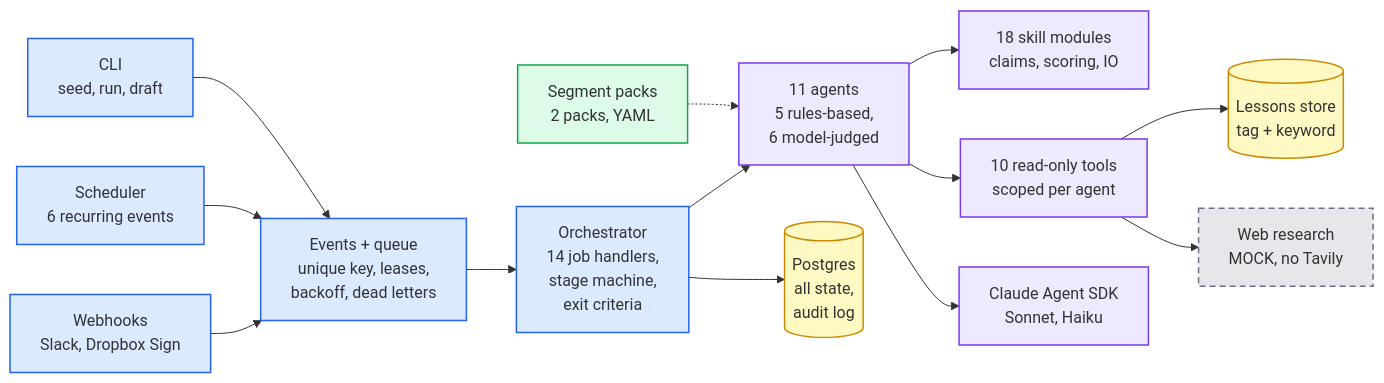
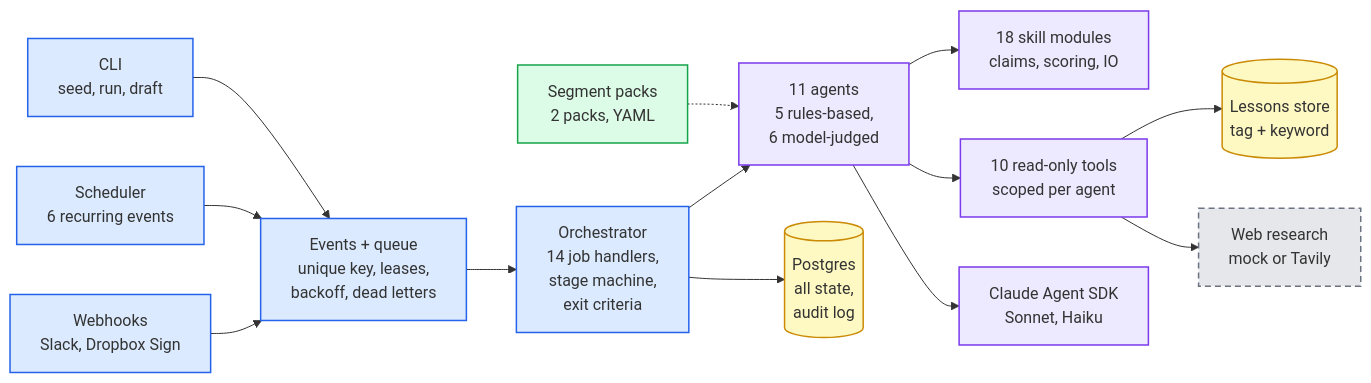
The second of 6 diagrams in docs/DESIGN.md (Meseretbolled/agentic-revenue-os), drawn with Mermaid before and after one commit. The commit also changed other lines of this file and 12 other files, not shown here.

Commit message:
feat: live-verified Tavily research on two real companies, recorded replay fixtures, industry and client_count on the real seed profiles, design docs updated

````diff
--- a/docs/DESIGN.md
+++ b/docs/DESIGN.md
@@ -26,34 +26,34 @@
 ```mermaid
 %% id=fig1a
 flowchart LR
   WH["Webhooks<br/>Slack, Dropbox Sign"]:::event
   SC["Scheduler<br/>6 recurring events"]:::event
   CLI["CLI<br/>seed, run, draft"]:::event
   Q["Events + queue<br/>unique key, leases,<br/>backoff, dead letters"]:::event
   ORC["Orchestrator<br/>14 job handlers,<br/>stage machine,<br/>exit criteria"]:::event
   AG["11 agents<br/>5 rules-based,<br/>6 model-judged"]:::agent
   PG[("Postgres<br/>all state,<br/>audit log")]:::store
   SK["18 skill modules<br/>claims, scoring, IO"]:::agent
   TL["10 read-only tools<br/>scoped per agent"]:::agent
   LLM["Claude Agent SDK<br/>Sonnet, Haiku"]:::agent
   PK["Segment packs<br/>2 packs, YAML"]:::config
   LS[("Lessons store<br/>tag + keyword")]:::store
-  RS["Web research<br/>MOCK, no Tavily"]:::ext
+  RS["Web research<br/>mock or Tavily"]:::ext
   WH --> Q
   SC --> Q
   CLI --> Q
   Q --> ORC
   ORC --> AG
   AG --> LLM
   AG --> TL
   AG --> SK
   ORC --> PG
   PK -.-> AG
   TL --> LS
   TL --> RS
   classDef event fill:#dbeafe,stroke:#2563eb,stroke-width:1.5px;
   classDef agent fill:#ede9fe,stroke:#7c3aed,stroke-width:1.5px;
   classDef config fill:#dcfce7,stroke:#16a34a,stroke-width:1.5px;
   classDef store fill:#fef9c3,stroke:#ca8a04,stroke-width:1.5px;
   classDef ext fill:#e5e7eb,stroke:#6b7280,stroke-width:1.5px,stroke-dasharray:6 4;
 ```
````
